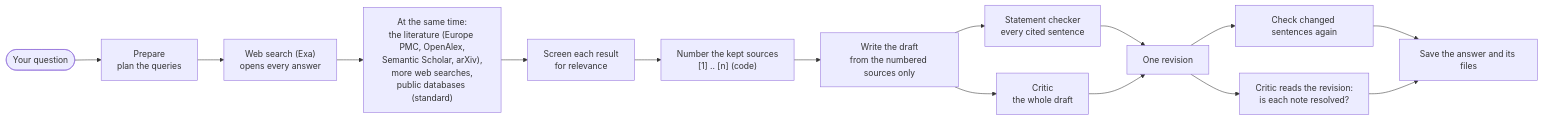
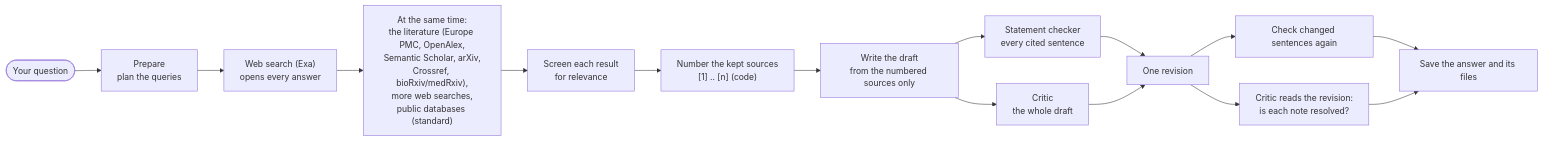
One commit to itsbrendandang/agent-test changed the diagram in docs/research-answer.md. Above: the diagram before and after it, drawn with Mermaid. The commit also changed other lines of this file and 12 other files, not shown here.

First line of the commit message:
research: label Crossref and bioRxiv/medRxiv and name all six literature sources

````diff
--- a/docs/research-answer.md
+++ b/docs/research-answer.md
@@ -19,17 +19,17 @@
 ```mermaid
 flowchart LR
     q(["Your question"]) --> prepare["Prepare<br/>plan the queries"]
     prepare --> exa["Web search (Exa)<br/>opens every answer"]
-    exa --> more["At the same time:<br/>the literature (Europe PMC, OpenAlex,<br/>Semantic Scholar, arXiv),<br/>more web searches,<br/>public databases (standard)"]
+    exa --> more["At the same time:<br/>the literature (Europe PMC, OpenAlex,<br/>Semantic Scholar, arXiv,<br/>Crossref, bioRxiv/medRxiv),<br/>more web searches,<br/>public databases (standard)"]
     more --> screen["Screen each result<br/>for relevance"]
     screen --> number["Number the kept sources<br/>[1] .. [n] (code)"]
     number --> write["Write the draft<br/>from the numbered sources only"]
     write --> check["Statement checker<br/>every cited sentence"]
     write --> critic["Critic<br/>the whole draft"]
     check --> revise["One revision"]
     critic --> revise
     revise --> recheck["Check changed sentences again"]
     revise --> second["Critic reads the revision:<br/>is each note resolved?"]
     recheck --> save["Save the answer and its files"]
     second --> save
 ```
````
